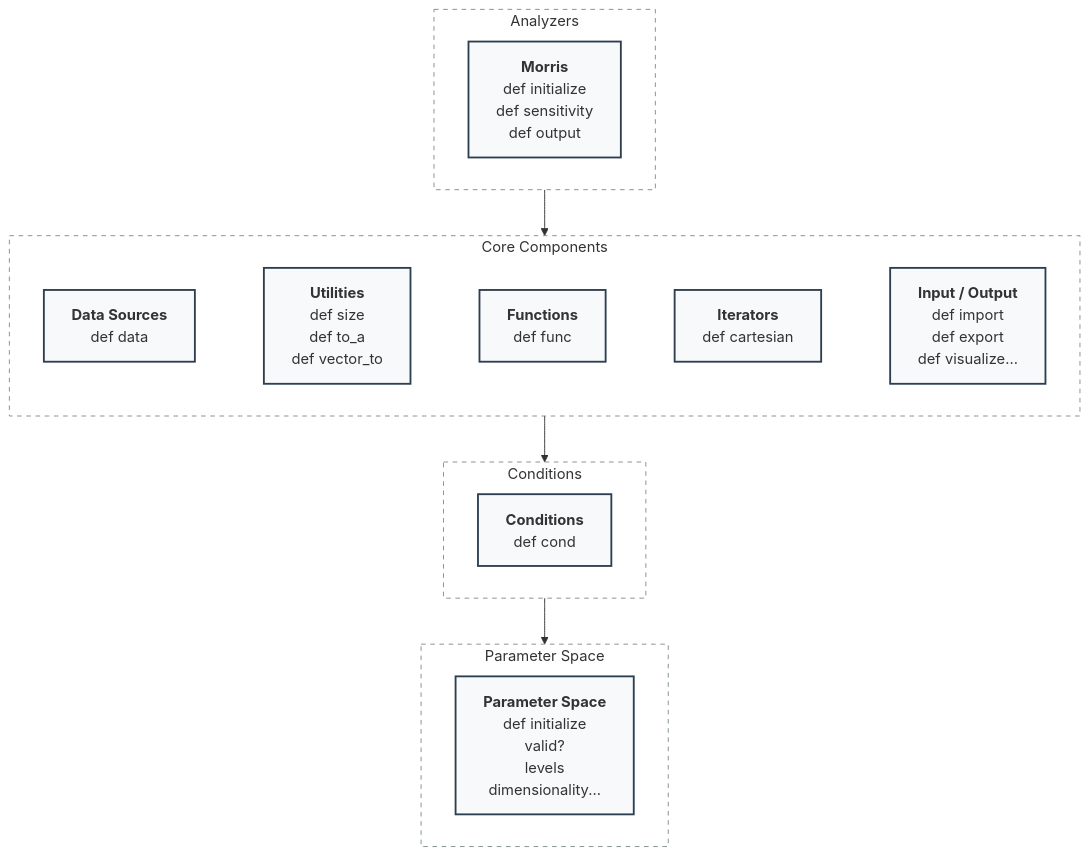
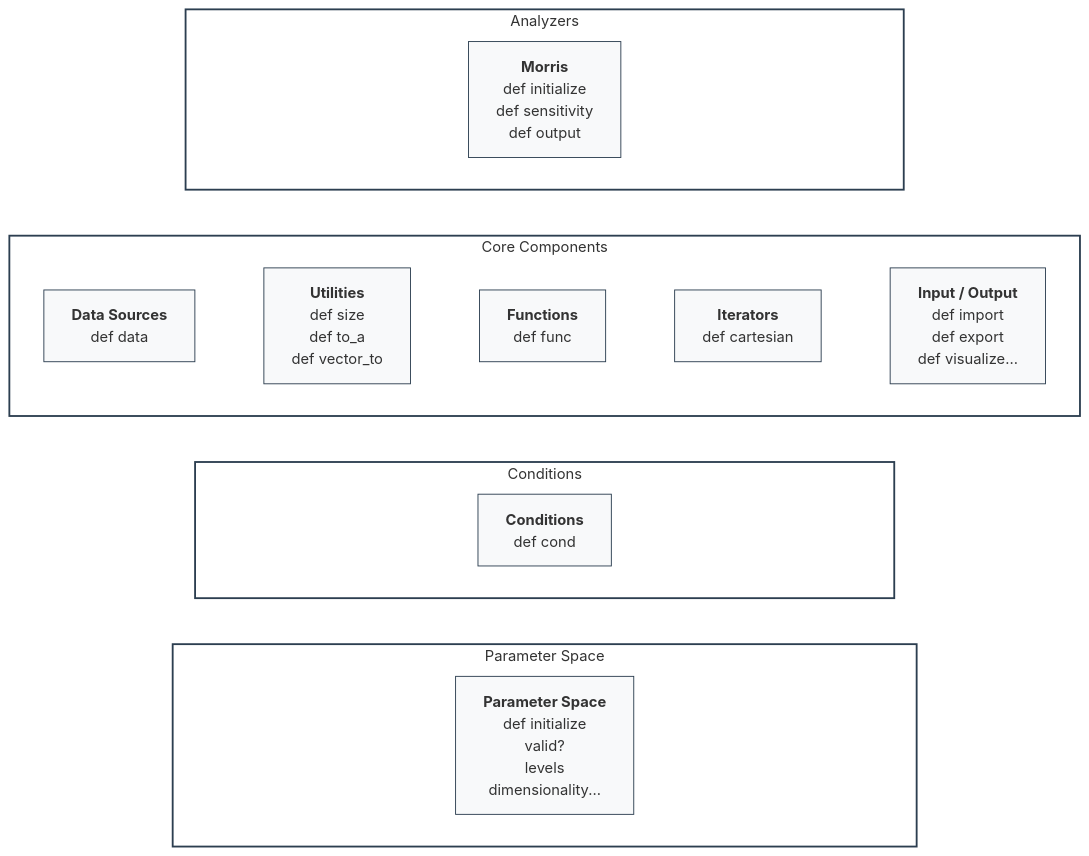
The diagram in docs/api/api.md (Yuri-Rassokhin/flex-cartesian), drawn with Mermaid before and after one commit.

Commit message:
updated: API documentation

````diff
--- a/docs/api/api.md
+++ b/docs/api/api.md
@@ -1,42 +1,41 @@
 ```mermaid
-flowchart TD
-    %% Глобальное направление: сверху вниз
-    direction TB
+flowchart TB
+    %% 1. Сплошные контуры для слоев (убран stroke-dasharray)
+    classDef layer fill:#ffffff,stroke:#2c3e50,stroke-width:2px;
+    classDef default fill:#f8f9fa,stroke:#2c3e50,stroke-width:1px,color:#333;
+    
+    %% Класс для прозрачных блоков-распорок
+    classDef spacer fill:none,stroke:none,color:transparent;
 
     subgraph Analyzers ["Analyzers"]
-        M["<b>Morris</b><br/>def initialize<br/>def sensitivity<br/>def output"]
+        direction LR
+        A1[" "] ~~~ A2[" "] ~~~ M["<b>Morris</b><br/>def initialize<br/>def sensitivity<br/>def output"] ~~~ A3[" "] ~~~ A4[" "]
     end
 
     subgraph Core ["Core Components"]
-        %% Локальное направление: слева направо
         direction LR
-        
-        DS["<b>Data Sources</b><br/>def data"]
-        UT["<b>Utilities</b><br/>def size<br/>def to_a<br/>def vector_to"]
-        FN["<b>Functions</b><br/>def func"]
-        IT["<b>Iterators</b><br/>def cartesian"]
-        IO["<b>Input / Output</b><br/>def import<br/>def export<br/>def visualize..."]
-        
-        %% Невидимые связи для жесткого горизонтального выравнивания
-        DS ~~~ UT ~~~ FN ~~~ IT ~~~ IO
+        DS["<b>Data Sources</b><br/>def data"] ~~~ UT["<b>Utilities</b><br/>def size<br/>def to_a<br/>def vector_to"] ~~~ FN["<b>Functions</b><br/>def func"] ~~~ IT["<b>Iterators</b><br/>def cartesian"] ~~~ IO["<b>Input / Output</b><br/>def import<br/>def export<br/>def visualize..."]
     end
 
     subgraph Cond ["Conditions"]
-        C["<b>Conditions</b><br/>def cond"]
+        direction LR
+        C1[" "] ~~~ C2[" "] ~~~ C["<b>Conditions</b><br/>def cond"] ~~~ C3[" "] ~~~ C4[" "]
     end
 
     subgraph Params ["Parameter Space"]
-        PS["<b>Parameter Space</b><br/>def initialize<br/>valid?<br/>levels<br/>dimensionality..."]
+        direction LR
+        P1[" "] ~~~ P2[" "] ~~~ PS["<b>Parameter Space</b><br/>def initialize<br/>valid?<br/>levels<br/>dimensionality..."] ~~~ P3[" "] ~~~ P4[" "]
     end
 
-    %% Связи между слоями
-    Analyzers --> Core
-    Core --> Cond
-    Cond --> Params
+    %% 2 и 3. Невидимая вертикальная шнуровка для идеальной сетки
+    %% Задает одинаковую ширину контейнеров и притягивает их друг к другу без стрелок
+    A1 ~~~ DS ~~~ C1 ~~~ P1
+    A2 ~~~ UT ~~~ C2 ~~~ P2
+    M  ~~~ FN ~~~ C  ~~~ PS
+    A3 ~~~ IT ~~~ C3 ~~~ P3
+    A4 ~~~ IO ~~~ C4 ~~~ P4
 
-    %% Немного стилизации для читаемости (опционально)
-    classDef default fill:#f8f9fa,stroke:#2c3e50,stroke-width:2px,color:#333;
-    classDef layer fill:#ffffff,stroke:#7f8c8d,stroke-width:1px,stroke-dasharray: 5 5;
-    
+    %% Применение стилей
     class Analyzers,Core,Cond,Params layer;
+    class A1,A2,A3,A4,C1,C2,C3,C4,P1,P2,P3,P4 spacer;
 ```
````
